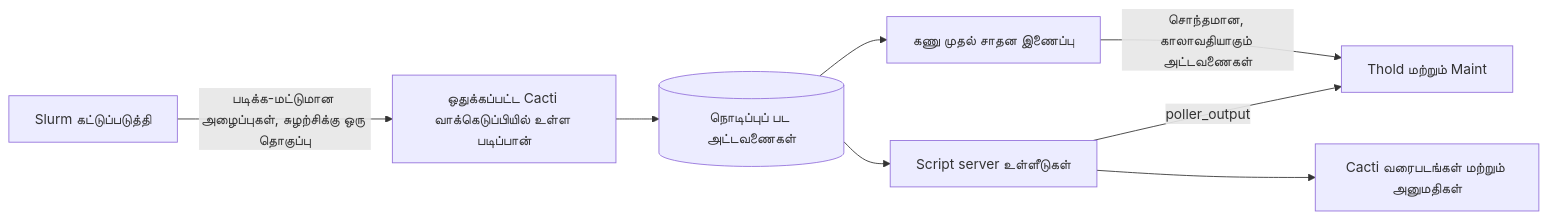
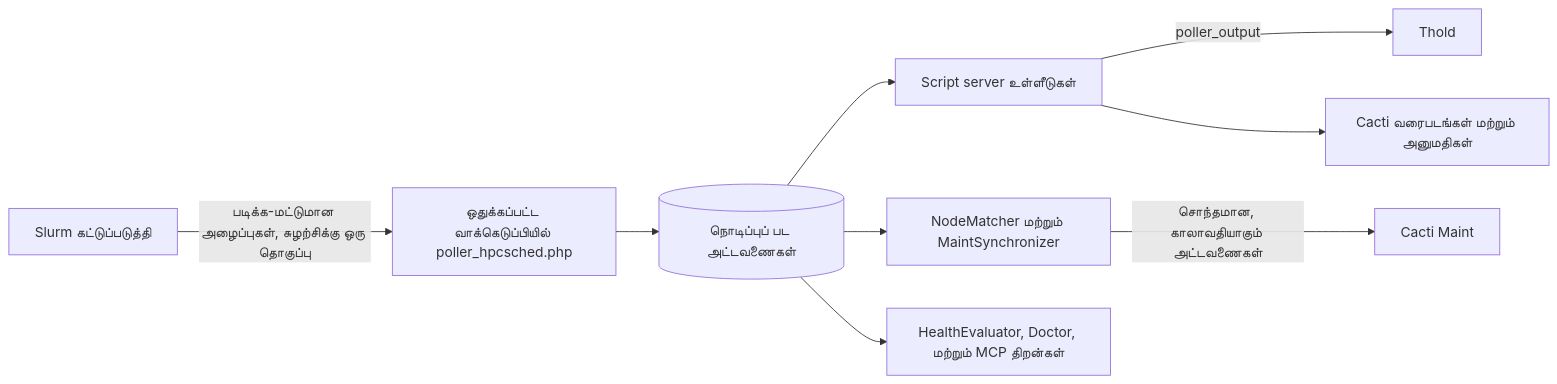
One commit to somethingwithproof/plugin_hpcsched changed the diagram in docs/i18n/ta-IN/README.md. Above: the diagram before and after it, drawn with Mermaid. The commit also changed other lines of this file and 48 other files, not shown here.

````diff
--- a/docs/i18n/ta-IN/README.md
+++ b/docs/i18n/ta-IN/README.md
@@ -99,10 +163,11 @@
 ```mermaid
 flowchart LR
-    S["Slurm கட்டுப்படுத்தி"] -->|"படிக்க-மட்டுமான அழைப்புகள், சுழற்சிக்கு ஒரு தொகுப்பு"| R["ஒதுக்கப்பட்ட Cacti வாக்கெடுப்பியில் உள்ள படிப்பான்"]
-    R --> SNAP[("நொடிப்புப் பட அட்டவணைகள்")]
-    SNAP --> SS["Script server உள்ளீடுகள்"]
-    SS -->|poller_output| T["Thold மற்றும் Maint"]
-    SS --> G["Cacti வரைபடங்கள் மற்றும் அனுமதிகள்"]
-    SNAP --> MAP["கணு முதல் சாதன இணைப்பு"]
-    MAP -->|"சொந்தமான, காலாவதியாகும் அட்டவணைகள்"| T
+    S[Slurm கட்டுப்படுத்தி] -->|படிக்க-மட்டுமான அழைப்புகள், சுழற்சிக்கு ஒரு தொகுப்பு| R[ஒதுக்கப்பட்ட வாக்கெடுப்பியில் poller_hpcsched.php]
+    R --> SNAP[(நொடிப்புப் பட அட்டவணைகள்)]
+    SNAP --> SS[Script server உள்ளீடுகள்]
+    SS -->|poller_output| T[Thold]
+    SS --> G[Cacti வரைபடங்கள் மற்றும் அனுமதிகள்]
+    SNAP --> MAP[NodeMatcher மற்றும் MaintSynchronizer]
+    MAP -->|சொந்தமான, காலாவதியாகும் அட்டவணைகள்| M[Cacti Maint]
+    SNAP --> H[HealthEvaluator, Doctor, மற்றும் MCP திறன்கள்]
 ```
````
